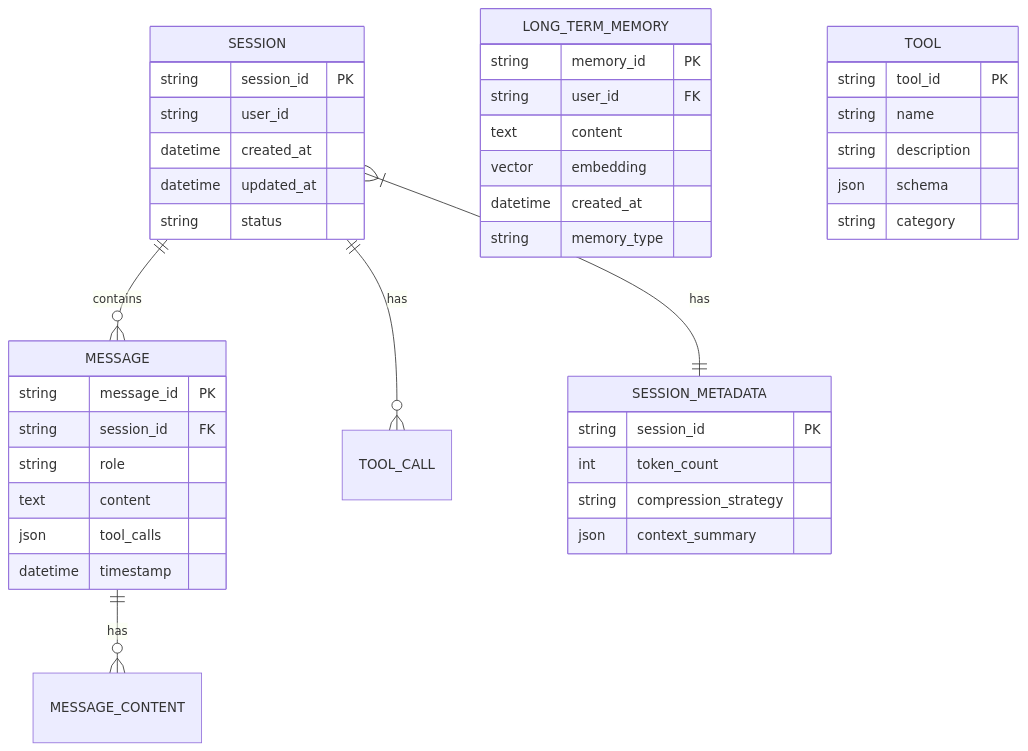
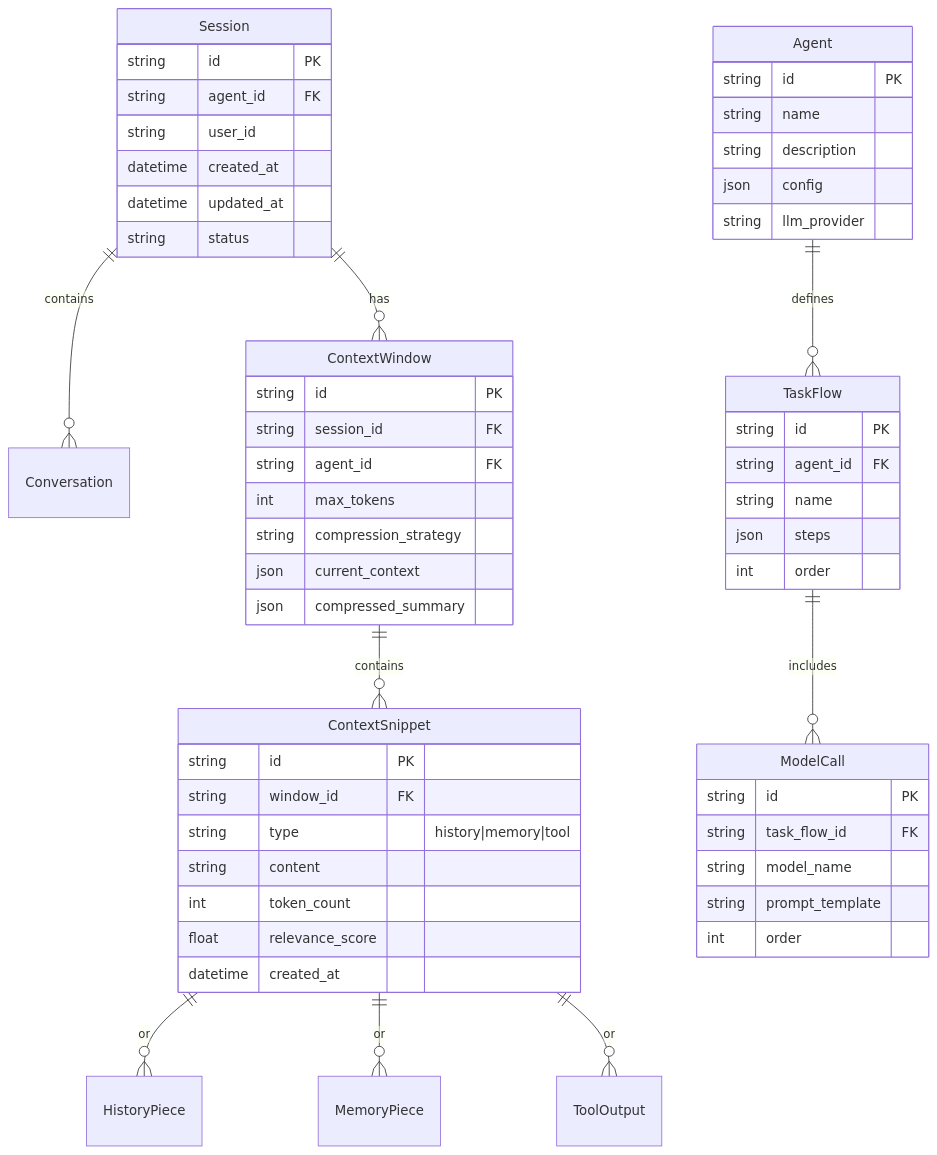
Diagram 12 of 27 in docs/architecture.md.md (352775098-dev/ContextService), drawn with Mermaid before and after one commit. The commit also changed other lines of this file, not shown here.

````diff
--- a/docs/architecture.md.md
+++ b/docs/architecture.md.md
@@ -243,48 +369,64 @@
 ```mermaid
 erDiagram
-    SESSION ||--o{ MESSAGE : contains
-    SESSION ||--o{ TOOL_CALL : has
-    SESSION }|--|| SESSION_METADATA : has
-    MESSAGE ||--o{ MESSAGE_CONTENT : has
+    Session ||--o{ Conversation : contains
+    Session ||--o{ ContextWindow : has
+    Agent ||--o{ TaskFlow : defines
+    TaskFlow ||--o{ ModelCall : includes
+    ContextWindow ||--o{ ContextSnippet : contains
+    ContextSnippet ||--o{ HistoryPiece : or
+    ContextSnippet ||--o{ MemoryPiece : or
+    ContextSnippet ||--o{ ToolOutput : or
     
-    SESSION {
-        string session_id PK
+    Session {
+        string id PK
+        string agent_id FK
         string user_id
         datetime created_at
         datetime updated_at
         string status
     }
     
-    MESSAGE {
-        string message_id PK
+    ContextWindow {
+        string id PK
         string session_id FK
-        string role
-        text content
-        json tool_calls
-        datetime timestamp
+        string agent_id FK
+        int max_tokens
+        string compression_strategy
+        json current_context
+        json compressed_summary
     }
     
-    SESSION_METADATA {
-        string session_id PK
+    ContextSnippet {
+        string id PK
+        string window_id FK
+        string type "history|memory|tool"
+        string content
         int token_count
-        string compression_strategy
-        json context_summary
+        float relevance_score
+        datetime created_at
     }
     
-    LONG_TERM_MEMORY {
-        string memory_id PK
-        string user_id FK
-        text content
-        vector embedding
-        datetime created_at
-        string memory_type
+    Agent {
+        string id PK
+        string name
+        string description
+        json config
+        string llm_provider
     }
     
-    TOOL {
-        string tool_id PK
+    TaskFlow {
+        string id PK
+        string agent_id FK
         string name
-        string description
-        json schema
-        string category
+        json steps
+        int order
+    }
+    
+    ModelCall {
+        string id PK
+        string task_flow_id FK
+        string model_name
+        string prompt_template
+        int order
     }
 ```
````
